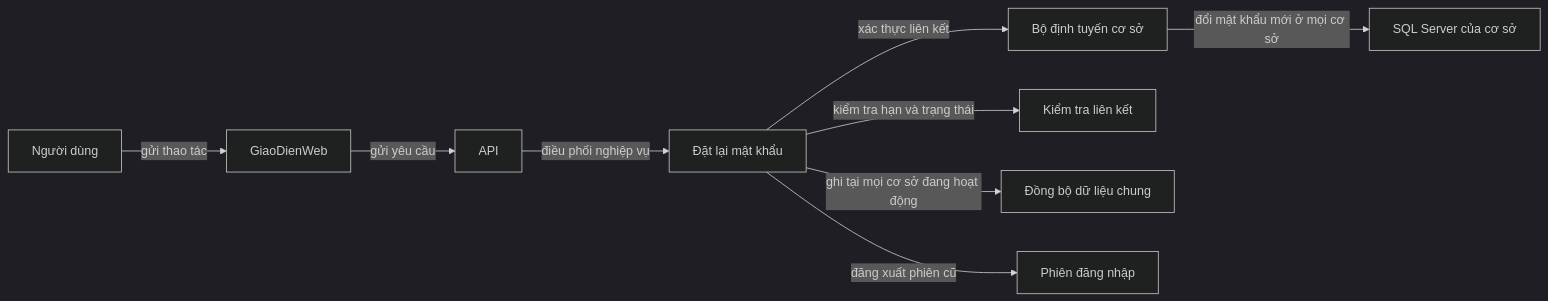
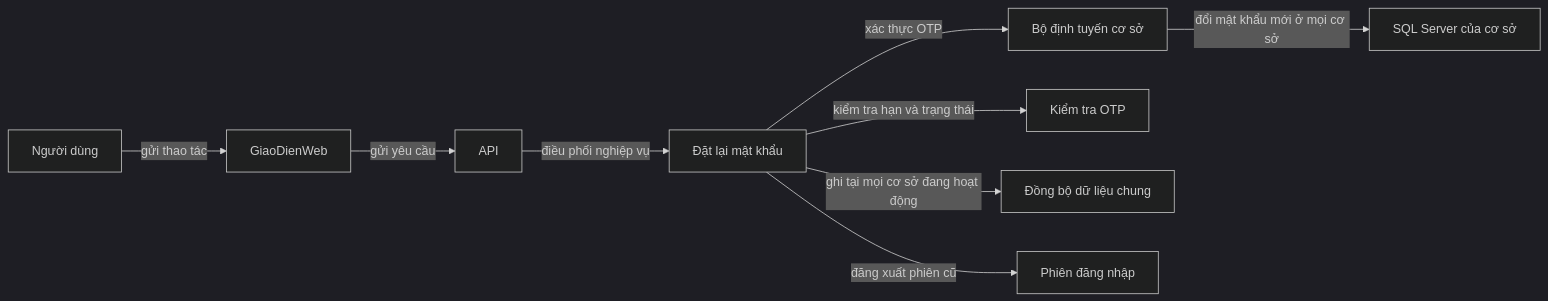
Diagram 17 of 23 in README.md (Quochieu2005/language-center-management), drawn with Mermaid (dark theme) before and after one commit. The commit also changed other lines of this file and 17 other files, not shown here.

````diff
--- a/README.md
+++ b/README.md
@@ -481,11 +485,11 @@
 ```mermaid
 flowchart LR
     NguoiDung["Người dùng"] -->|gửi thao tác| GiaoDienWeb["GiaoDienWeb"]
     GiaoDienWeb["GiaoDienWeb"] -->|gửi yêu cầu| API["API"]
     API["API"] -->|điều phối nghiệp vụ| DatLaiMatKhau["Đặt lại mật khẩu"]
-    DatLaiMatKhau["Đặt lại mật khẩu"] -->|xác thực liên kết| SiteRouter["Bộ định tuyến cơ sở"]
+    DatLaiMatKhau["Đặt lại mật khẩu"] -->|xác thực OTP| SiteRouter["Bộ định tuyến cơ sở"]
     SiteRouter["Bộ định tuyến cơ sở"] -->|đổi mật khẩu mới ở mọi cơ sở| SQLServer_CSDL_Site["SQL Server của cơ sở"]
-    DatLaiMatKhau["Đặt lại mật khẩu"] -->|kiểm tra hạn và trạng thái| KiemTraLienKet["Kiểm tra liên kết"]
+    DatLaiMatKhau["Đặt lại mật khẩu"] -->|kiểm tra hạn và trạng thái| KiemTraOtp["Kiểm tra OTP"]
     DatLaiMatKhau["Đặt lại mật khẩu"] -->|ghi tại mọi cơ sở đang hoạt động| DongBoDuLieuChung["Đồng bộ dữ liệu chung"]
     DatLaiMatKhau["Đặt lại mật khẩu"] -->|đăng xuất phiên cũ| PhienDangNhap["Phiên đăng nhập"]
 ```
````
